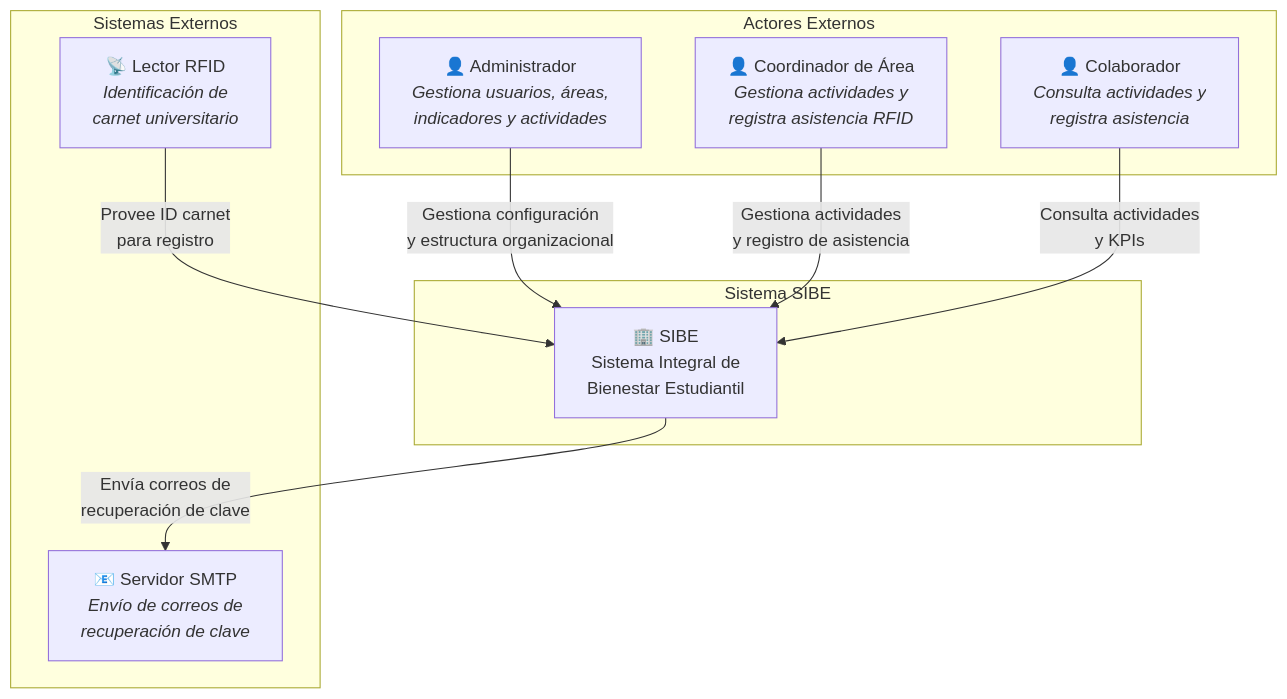
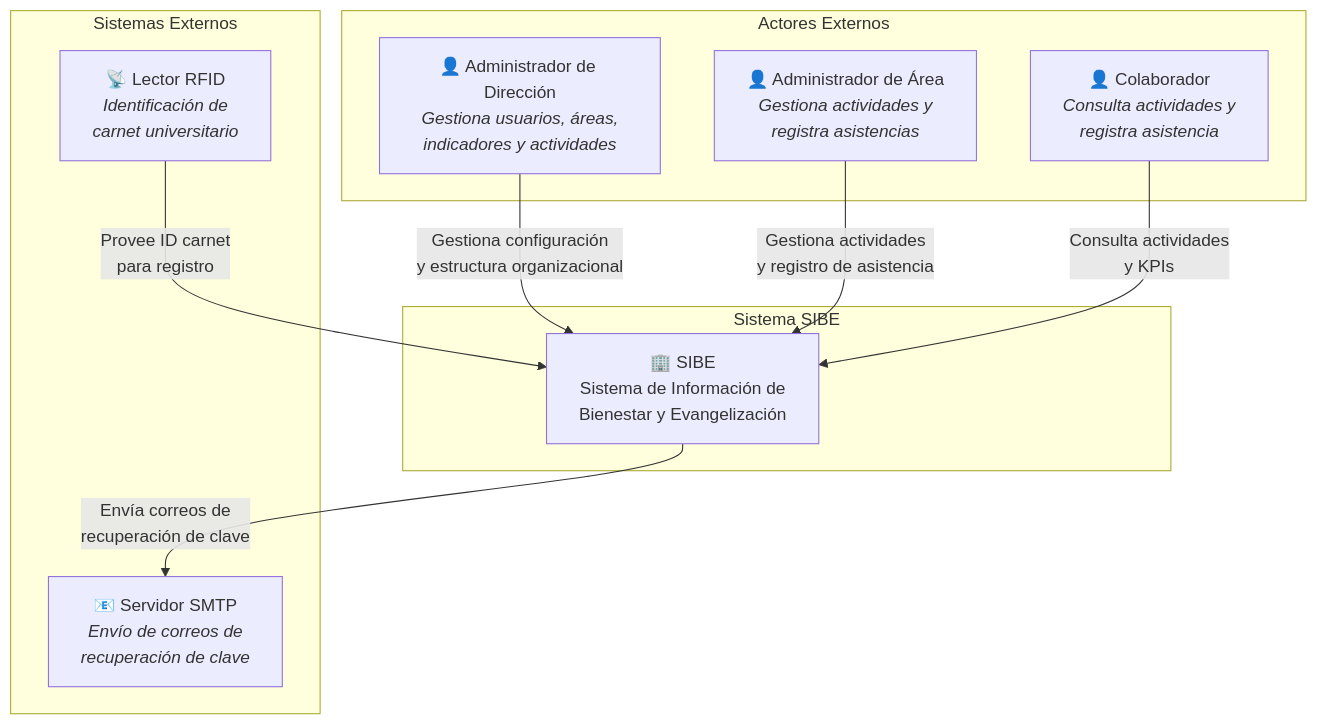
The first of 19 diagrams in docs/artifacts/26.diagrama_de_componentes.md (sibeuco/DocumentacionSibe), drawn with Mermaid before and after one commit. The commit also changed other lines of this file and 5 other files, not shown here.

````diff
--- a/docs/artifacts/26.diagrama_de_componentes.md
+++ b/docs/artifacts/26.diagrama_de_componentes.md
@@ -85,23 +83,23 @@
 ```mermaid
 graph TB
     subgraph Actores Externos
-        Admin["👤 Administrador<br/><i>Gestiona usuarios, áreas,<br/>indicadores y actividades</i>"]
-        Coord["👤 Coordinador de Área<br/><i>Gestiona actividades y<br/>registra asistencia RFID</i>"]
+        Admin["👤 Administrador de Dirección<br/><i>Gestiona usuarios, áreas,<br/>indicadores y actividades</i>"]
+        Coord["👤 Administrador de Área<br/><i>Gestiona actividades y<br/>registra asistencias</i>"]
         Colab["👤 Colaborador<br/><i>Consulta actividades y<br/>registra asistencia</i>"]
     end
 
     subgraph Sistema SIBE
-        SIBE["🏢 SIBE<br/>Sistema Integral de<br/>Bienestar Estudiantil"]
+        SIBE["🏢 SIBE<br/>Sistema de Información de<br/>Bienestar y Evangelización"]
     end
 
     subgraph Sistemas Externos
         SMTP["📧 Servidor SMTP<br/><i>Envío de correos de<br/>recuperación de clave</i>"]
         RFID["📡 Lector RFID<br/><i>Identificación de<br/>carnet universitario</i>"]
     end
 
     Admin -->|"Gestiona configuración<br/>y estructura organizacional"| SIBE
     Coord -->|"Gestiona actividades<br/>y registro de asistencia"| SIBE
     Colab -->|"Consulta actividades<br/>y KPIs"| SIBE
     SIBE -->|"Envía correos de<br/>recuperación de clave"| SMTP
     RFID -->|"Provee ID carnet<br/>para registro"| SIBE
 ```
````
